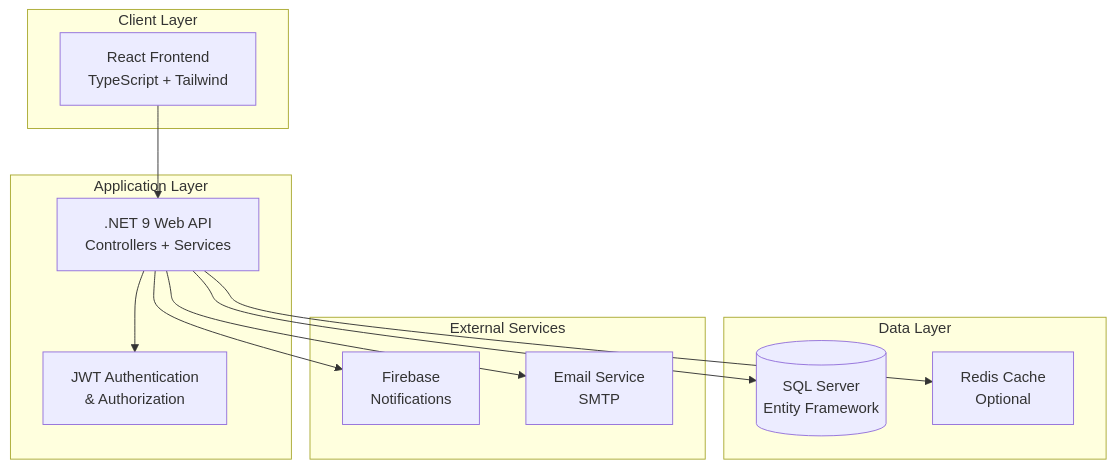
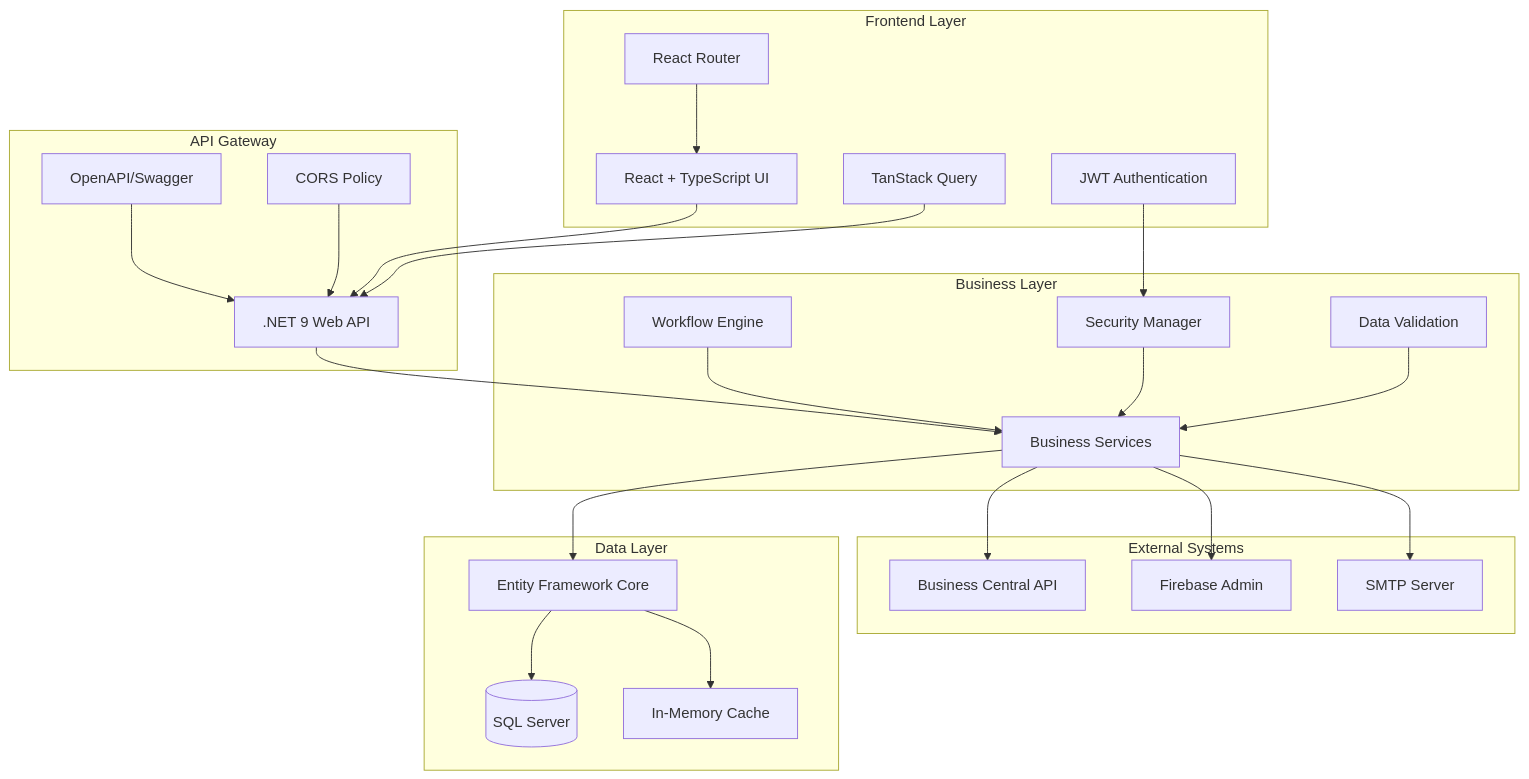
The diagram in README.md (aennaki-bs/DMBApp), drawn with Mermaid before and after one commit. The commit also changed other lines of this file and 55 other files, not shown here.

````diff
--- a/README.md
+++ b/README.md
@@ -52,28 +186,55 @@
 ```mermaid
 graph TB
-    subgraph "Client Layer"
-        UI[React Frontend<br/>TypeScript + Tailwind]
+    subgraph "Frontend Layer"
+        UI[React + TypeScript UI]
+        Router[React Router]
+        State[TanStack Query]
+        Auth[JWT Authentication]
     end
     
-    subgraph "Application Layer"
-        API[.NET 9 Web API<br/>Controllers + Services]
-        AUTH[JWT Authentication<br/>& Authorization]
+    subgraph "API Gateway"
+        API[.NET 9 Web API]
+        Swagger[OpenAPI/Swagger]
+        CORS[CORS Policy]
+    end
+    
+    subgraph "Business Layer"
+        Services[Business Services]
+        Workflow[Workflow Engine]
+        Security[Security Manager]
+        Validation[Data Validation]
     end
     
     subgraph "Data Layer"
-        DB[(SQL Server<br/>Entity Framework)]
-        CACHE[Redis Cache<br/>Optional]
+        EF[Entity Framework Core]
+        DB[(SQL Server)]
+        Cache[In-Memory Cache]
     end
     
-    subgraph "External Services"
-        FIREBASE[Firebase<br/>Notifications]
-        EMAIL[Email Service<br/>SMTP]
+    subgraph "External Systems"
+        ERP[Business Central API]
+        Firebase[Firebase Admin]
+        Email[SMTP Server]
     end
     
     UI --> API
-    API --> AUTH
-    API --> DB
-    API --> CACHE
-    API --> FIREBASE
-    API --> EMAIL
+    Router --> UI
+    State --> API
+    Auth --> Security
+    
+    API --> Services
+    Swagger --> API
+    CORS --> API
+    
+    Services --> EF
+    Workflow --> Services
+    Security --> Services
+    Validation --> Services
+    
+    EF --> DB
+    EF --> Cache
+    
+    Services --> ERP
+    Services --> Firebase
+    Services --> Email
 ```
````
